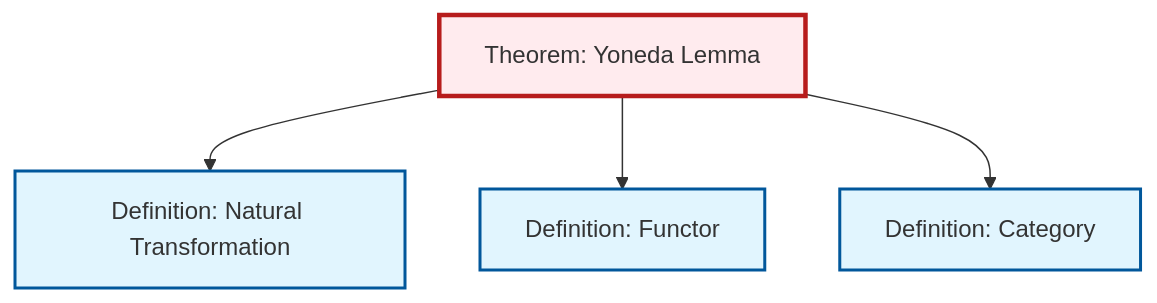
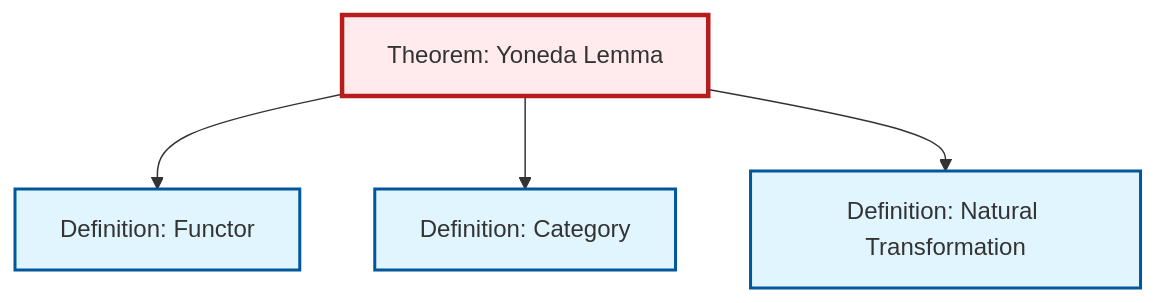
Before and after one commit to RK0429/ModernMath: the diagram in output/mermaid/en/thm-yoneda.mermaid, drawn with Mermaid. The commit also changed other lines of this file and 3098 other files, not shown here.

```diff
--- a/output/mermaid/en/thm-yoneda.mermaid
+++ b/output/mermaid/en/thm-yoneda.mermaid
@@ -1,14 +1,14 @@
 graph TD
     classDef definition fill:#e1f5fe,stroke:#01579b,stroke-width:2px
     classDef theorem fill:#f3e5f5,stroke:#4a148c,stroke-width:2px
     classDef axiom fill:#fff3e0,stroke:#e65100,stroke-width:2px
     classDef example fill:#e8f5e9,stroke:#1b5e20,stroke-width:2px
     classDef current fill:#ffebee,stroke:#b71c1c,stroke-width:3px
+    thm-yoneda["Theorem: Yoneda Lemma"]:::theorem
     def-natural-transformation["Definition: Natural Transformation"]:::definition
     def-functor["Definition: Functor"]:::definition
     def-category["Definition: Category"]:::definition
-    thm-yoneda["Theorem: Yoneda Lemma"]:::theorem
-    thm-yoneda --> def-natural-transformation
     thm-yoneda --> def-functor
     thm-yoneda --> def-category
+    thm-yoneda --> def-natural-transformation
     class thm-yoneda current
```
